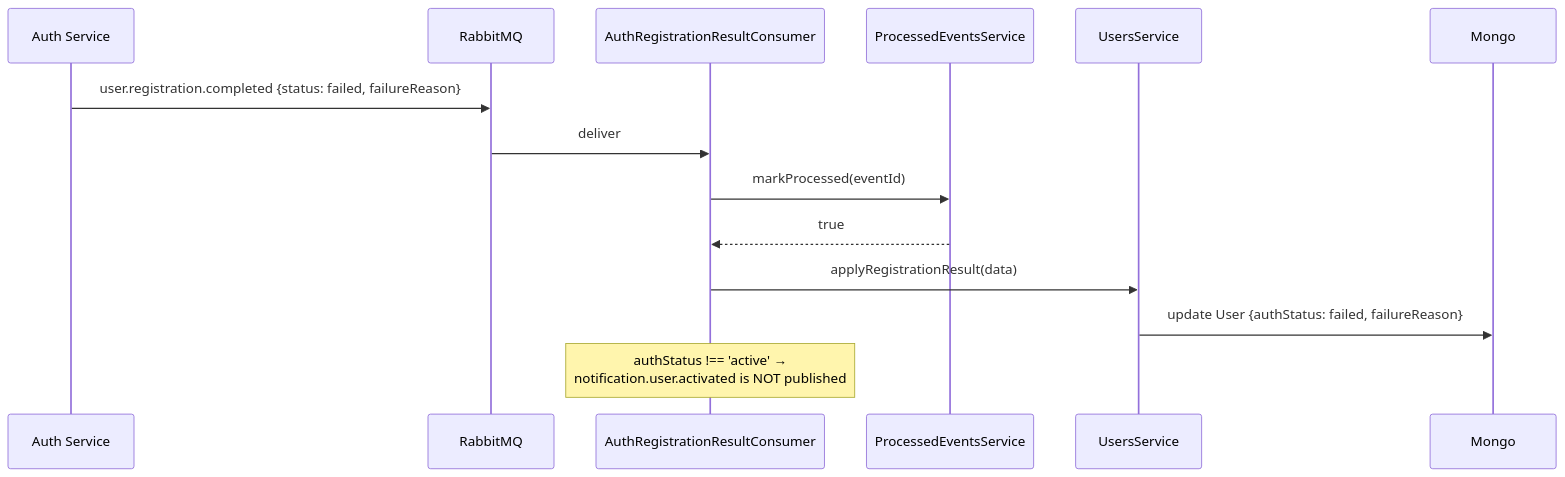
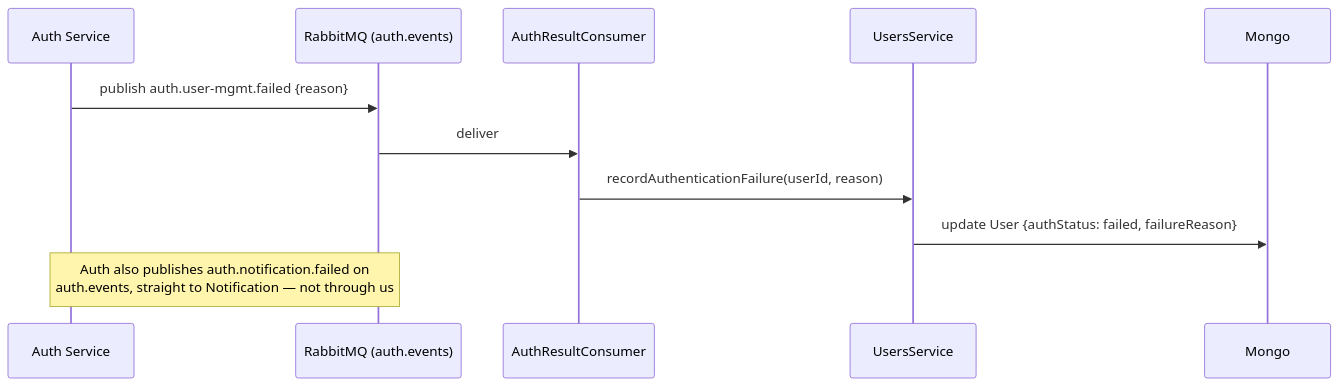
One commit to NanduHasaranga/uom-mis-backend changed the fifth of 9 diagrams in apps/user-management/docs/DOCUMENTATION.md. Above: the diagram before and after it, drawn with Mermaid. The commit also changed other lines of this file and 20 other files, not shown here.

````diff
--- a/apps/user-management/docs/DOCUMENTATION.md
+++ b/apps/user-management/docs/DOCUMENTATION.md
@@ -283,17 +268,14 @@
 ```mermaid
 sequenceDiagram
     participant AuthSvc as Auth Service
-    participant MQ as RabbitMQ
-    participant Consumer as AuthRegistrationResultConsumer
-    participant Idem as ProcessedEventsService
+    participant EvEx as RabbitMQ (auth.events)
+    participant Consumer as AuthResultConsumer
     participant Svc as UsersService
     participant Mongo
 
-    AuthSvc->>MQ: user.registration.completed {status: failed, failureReason}
-    MQ->>Consumer: deliver
-    Consumer->>Idem: markProcessed(eventId)
-    Idem-->>Consumer: true
-    Consumer->>Svc: applyRegistrationResult(data)
+    AuthSvc->>EvEx: publish auth.user-mgmt.failed {reason}
+    EvEx->>Consumer: deliver
+    Consumer->>Svc: recordAuthenticationFailure(userId, reason)
     Svc->>Mongo: update User {authStatus: failed, failureReason}
-    Note over Consumer: authStatus !== 'active' →<br/>notification.user.activated is NOT published
+    Note over AuthSvc,EvEx: Auth also publishes auth.notification.failed on<br/>auth.events, straight to Notification — not through us
 ```
````
